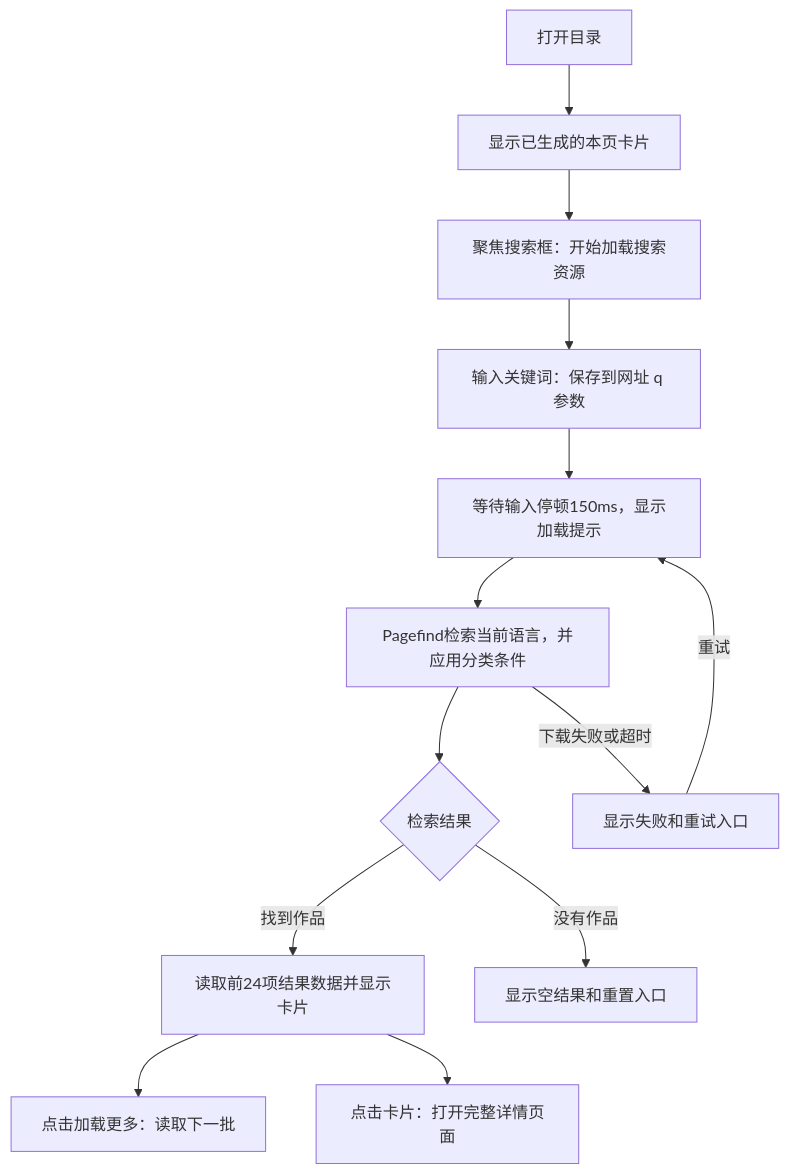
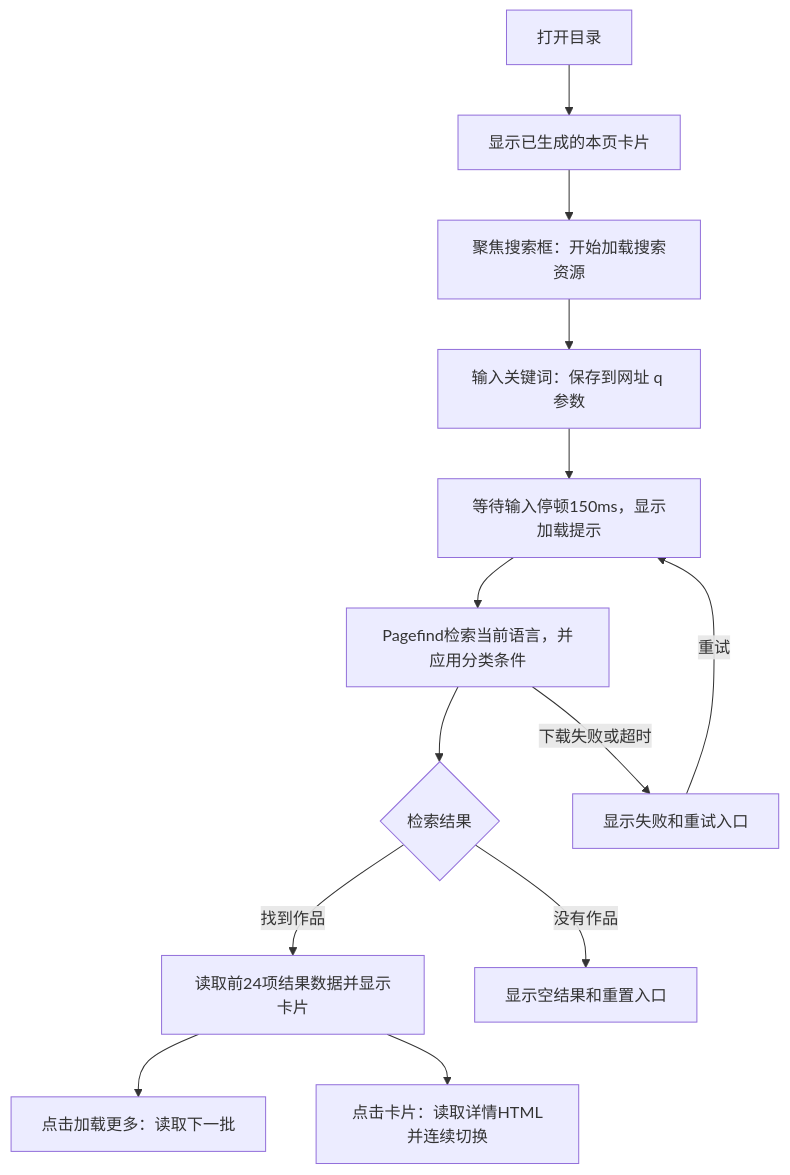
Before and after one commit to Vibes-college/Vibes: the diagram in docs/features/explore-browse.md, drawn with Mermaid. The commit also changed other lines of this file and 16 other files, not shown here.

````diff
--- a/docs/features/explore-browse.md
+++ b/docs/features/explore-browse.md
@@ -47,15 +50,15 @@
 ```mermaid
 flowchart TD
   A[打开目录] --> B[显示已生成的本页卡片]
   B --> C[聚焦搜索框：开始加载搜索资源]
   C --> D[输入关键词：保存到网址 q 参数]
   D --> E[等待输入停顿150ms，显示加载提示]
   E --> F[Pagefind检索当前语言，并应用分类条件]
   F --> G{检索结果}
   G -->|找到作品| H[读取前24项结果数据并显示卡片]
   H --> I[点击加载更多：读取下一批]
   G -->|没有作品| J[显示空结果和重置入口]
   F -->|下载失败或超时| K[显示失败和重试入口]
   K -->|重试| E
-  H --> L[点击卡片：打开完整详情页面]
+  H --> L[点击卡片：读取详情HTML并连续切换]
 ```
````
